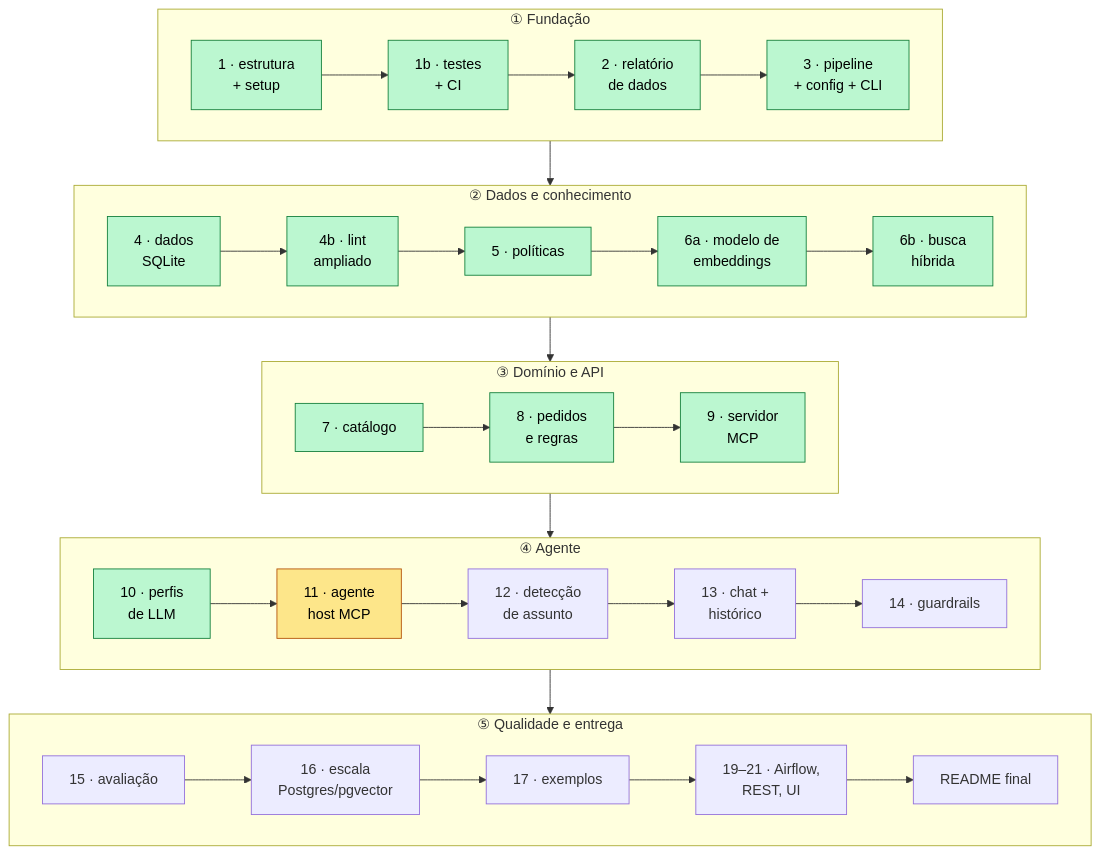
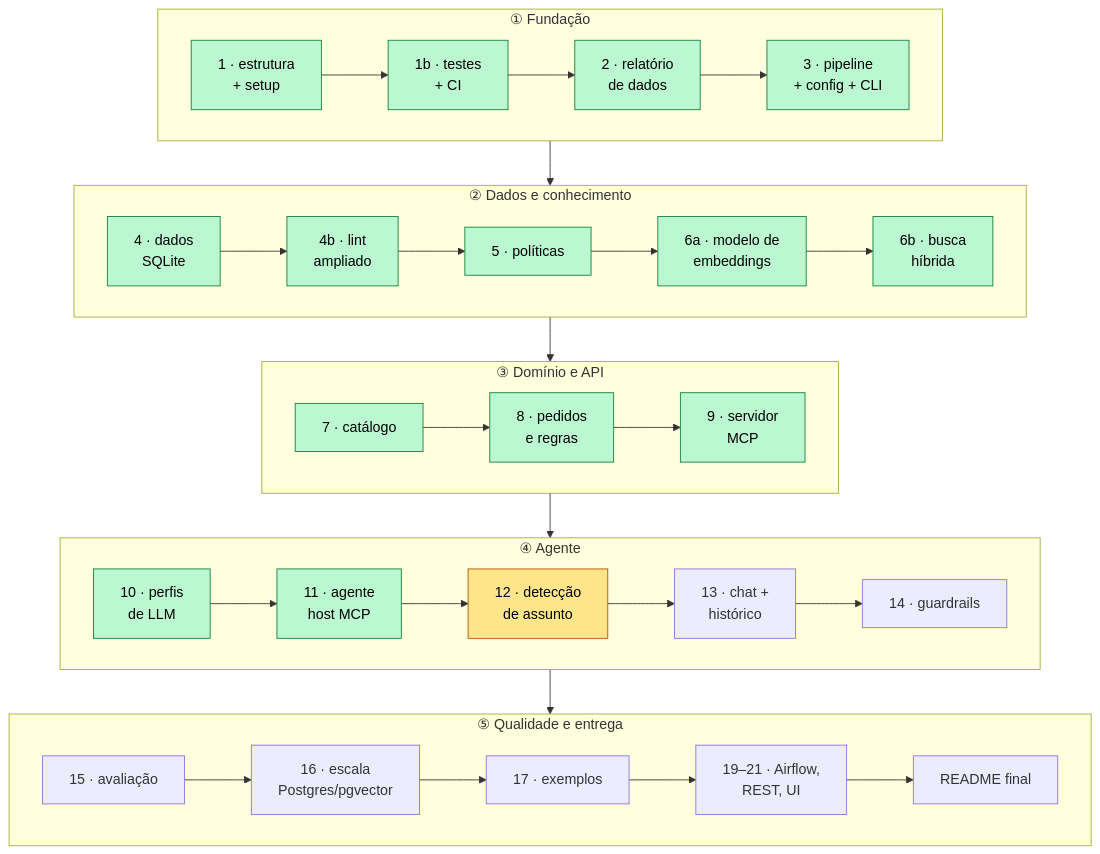
Before and after one commit to RonildoSilva/ai-engineer-challenge: diagram 17 of 17 in README.md, drawn with Mermaid. The commit also changed other lines of this file and 10 other files, not shown here.

First line of the commit message:
feat(agent): agente com host MCP, persona e loop de function calling; chat volta para CPU

````diff
--- a/README.md
+++ b/README.md
@@ -685,26 +734,26 @@
 ```mermaid
 flowchart TD
     subgraph F1["① Fundação"]
         direction LR
         C1["1 · estrutura<br/>+ setup"]:::done --> C1b["1b · testes<br/>+ CI"]:::done --> C2["2 · relatório<br/>de dados"]:::done --> C3["3 · pipeline<br/>+ config + CLI"]:::done
     end
     subgraph F2["② Dados e conhecimento"]
         direction LR
         C4["4 · dados<br/>SQLite"]:::done --> C4b["4b · lint<br/>ampliado"]:::done --> C5["5 · políticas"]:::done --> C6a["6a · modelo de<br/>embeddings"]:::done --> C6b["6b · busca<br/>híbrida"]:::done
     end
     subgraph F3["③ Domínio e API"]
         direction LR
         C7["7 · catálogo"]:::done --> C8["8 · pedidos<br/>e regras"]:::done --> C9["9 · servidor<br/>MCP"]:::done
     end
     subgraph F4["④ Agente"]
         direction LR
-        C10["10 · perfis<br/>de LLM"]:::done --> C11["11 · agente<br/>host MCP"]:::next --> C12["12 · detecção<br/>de assunto"] --> C13["13 · chat +<br/>histórico"] --> C14["14 · guardrails"]
+        C10["10 · perfis<br/>de LLM"]:::done --> C11["11 · agente<br/>host MCP"]:::done --> C12["12 · detecção<br/>de assunto"]:::next --> C13["13 · chat +<br/>histórico"] --> C14["14 · guardrails"]
     end
     subgraph F5["⑤ Qualidade e entrega"]
         direction LR
         C15["15 · avaliação"] --> C16["16 · escala<br/>Postgres/pgvector"] --> C17["17 · exemplos"] --> CX["19–21 · Airflow,<br/>REST, UI"] --> C18["README final"]
     end
     F1 --> F2 --> F3 --> F4 --> F5
     classDef next fill:#fde68a,stroke:#b45309,color:#000
     classDef done fill:#bbf7d0,stroke:#15803d,color:#000
 ```
````
